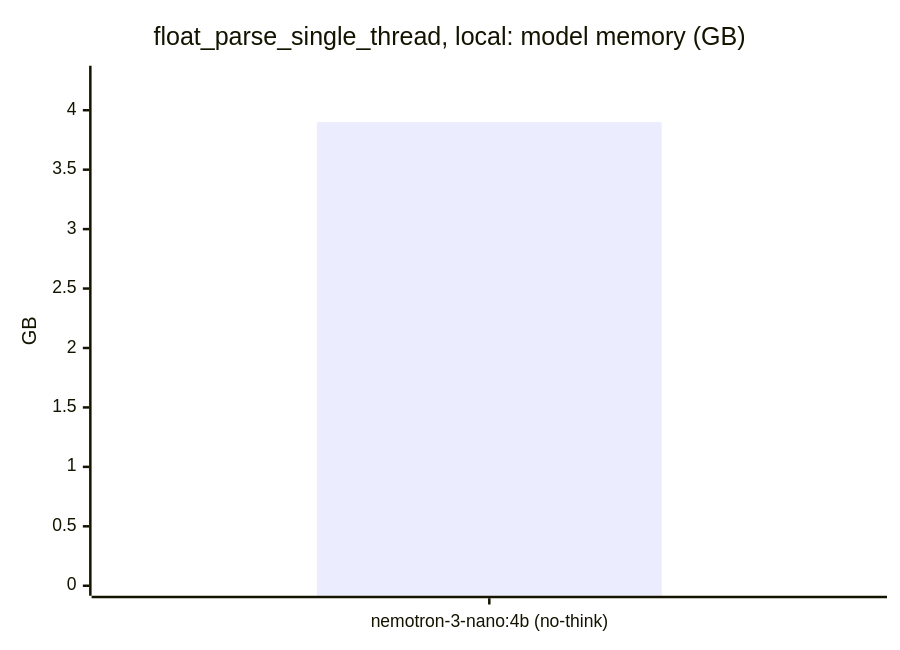
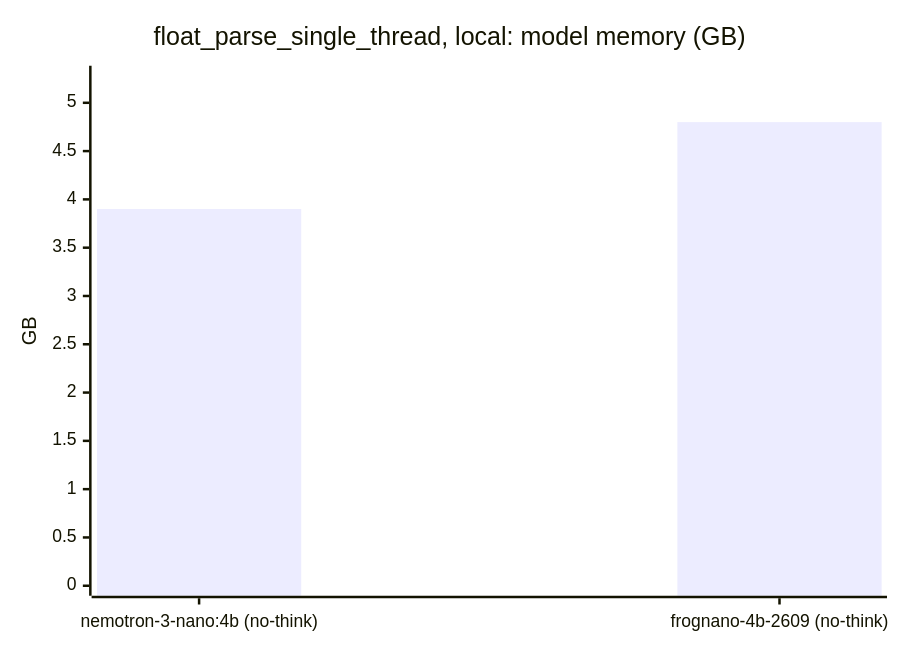
The fifth of 5 diagrams in docs/benchmarks/float_parse_single_thread.md (cklukas/OMEGA_TRANSFORM), drawn with Mermaid before and after one commit. The commit also changed other lines of this file and 10 other files, not shown here.

````diff
--- a/docs/benchmarks/float_parse_single_thread.md
+++ b/docs/benchmarks/float_parse_single_thread.md
@@ -60,7 +62,7 @@
 ```mermaid
 xychart-beta
     title "float_parse_single_thread, local: model memory (GB)"
-    x-axis ["nemotron-3-nano:4b (no-think)"]
-    y-axis "GB" 0 --> 4.29
-    bar [3.9]
+    x-axis ["nemotron-3-nano:4b (no-think)", "frognano-4b-2609 (no-think)"]
+    y-axis "GB" 0 --> 5.28
+    bar [3.9, 4.8]
 ```
````
